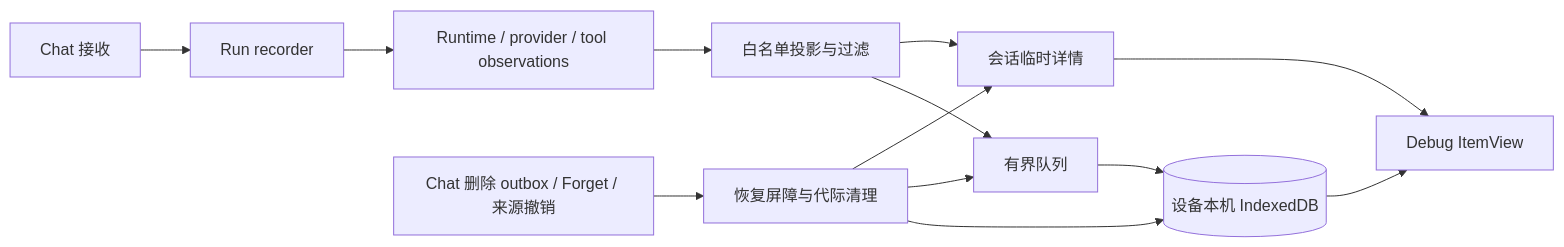
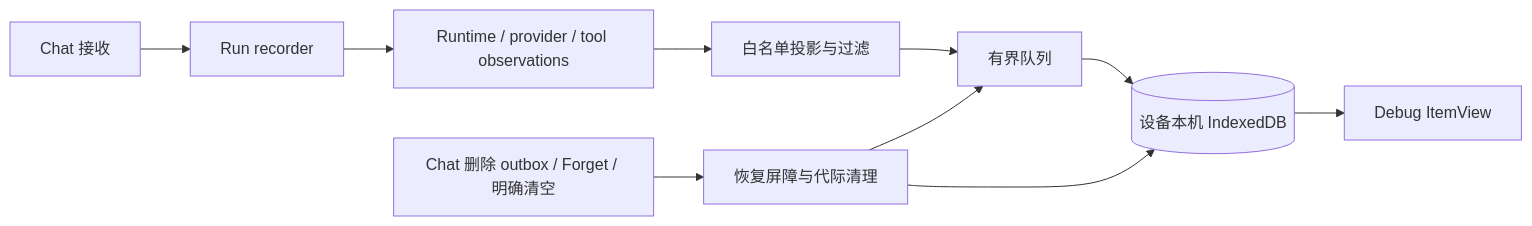
Before and after one commit to edonyzpc/personal-assistant: the diagram in docs/architecture/pa-agent-debug-view.md, drawn with Mermaid. The commit also changed other lines of this file and 15 other files, not shown here.

````diff
--- a/docs/architecture/pa-agent-debug-view.md
+++ b/docs/architecture/pa-agent-debug-view.md
@@ -11,15 +11,12 @@
 ```mermaid
 flowchart LR
     C[Chat 接收] --> R[Run recorder]
     R --> O[Runtime / provider / tool observations]
     O --> P[白名单投影与过滤]
     P --> Q[有界队列]
     Q --> D[(设备本机 IndexedDB)]
-    P --> M[会话临时详情]
     D --> V[Debug ItemView]
-    M --> V
-    H[Chat 删除 outbox / Forget / 来源撤销] --> G[恢复屏障与代际清理]
+    H[Chat 删除 outbox / Forget / 明确清空] --> G[恢复屏障与代际清理]
     G --> D
     G --> Q
-    G --> M
 ```
````
